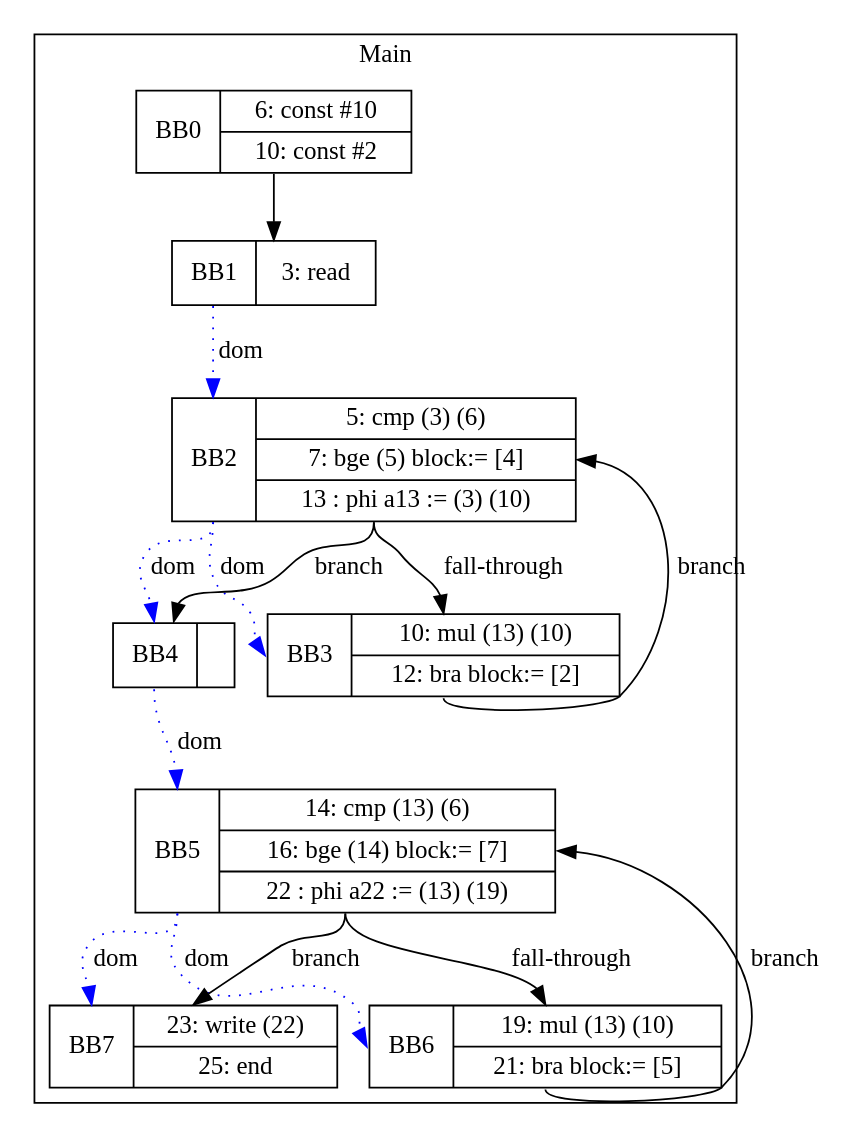
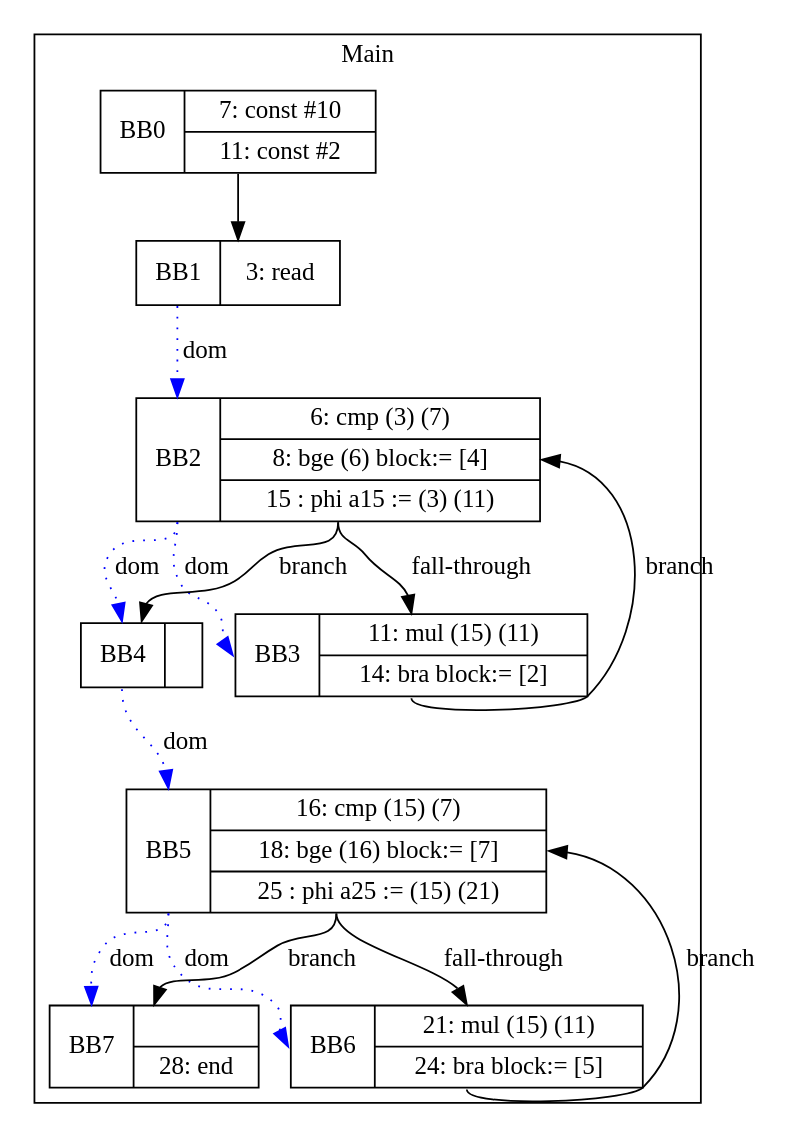
One commit to zjc664656505/UCI-CS241-Advanced-Compiler-main changed the diagram in visualization/Jeffrey/two-identical-loops.gv. Above: the diagram before and after it, drawn with Graphviz. The commit also changed 65 other files, not shown here.

```diff
--- a/visualization/Jeffrey/two-identical-loops.gv
+++ b/visualization/Jeffrey/two-identical-loops.gv
@@ -1,27 +1,27 @@
 digraph G {
 node [shape=record];
 subgraph cluster_main{
 label = "Main";
-BB0 [shape=record, label="<b>BB0|{6: const #10|10: const #2}"];
+BB0 [shape=record, label="<b>BB0|{7: const #10|11: const #2}"];
 BB1 [shape=record, label="<b>BB1|{3: read}"];
-BB2 [shape=record, label="<b>BB2|{5: cmp (3) (6)|7: bge (5) block:= [4]|13 : phi a13 := (3) (10)}"];
-BB3 [shape=record, label="<b>BB3|{10: mul (13) (10)|12: bra block:= [2]}"];
+BB2 [shape=record, label="<b>BB2|{6: cmp (3) (7)|8: bge (6) block:= [4]|15 : phi a15 := (3) (11)}"];
+BB3 [shape=record, label="<b>BB3|{11: mul (15) (11)|14: bra block:= [2]}"];
 BB4 [shape=record, label="<b>BB4|}"];
-BB5 [shape=record, label="<b>BB5|{14: cmp (13) (6)|16: bge (14) block:= [7]|22 : phi a22 := (13) (19)}"];
-BB6 [shape=record, label="<b>BB6|{19: mul (13) (10)|21: bra block:= [5]}"];
-BB7 [shape=record, label="<b>BB7|{23: write (22)|25: end}"];
+BB5 [shape=record, label="<b>BB5|{16: cmp (15) (7)|18: bge (16) block:= [7]|25 : phi a25 := (15) (21)}"];
+BB6 [shape=record, label="<b>BB6|{21: mul (15) (11)|24: bra block:= [5]}"];
+BB7 [shape=record, label="<b>BB7|{|28: end}"];
 }
 BB0:s -> BB1:n ;
 BB2:b -> BB4:b [color=blue, style=dotted, label="dom"];
 BB1:b -> BB2:b [color=blue, style=dotted, label="dom"];
 BB5:b -> BB7:b [color=blue, style=dotted, label="dom"];
 BB2:b -> BB3:b [color=blue, style=dotted, label="dom"];
 BB4:b -> BB5:b [color=blue, style=dotted, label="dom"];
 BB5:b -> BB6:b [color=blue, style=dotted, label="dom"];
 BB2:s -> BB4:n [label="branch"];
 BB5:s -> BB7:n [label="branch"];
 BB3:s -> BB2:e [label="branch"];
 BB6:s -> BB5:e [label="branch"];
 BB2:s -> BB3:n [label="fall-through"];
 BB5:s -> BB6:n [label="fall-through"];
 }
```
